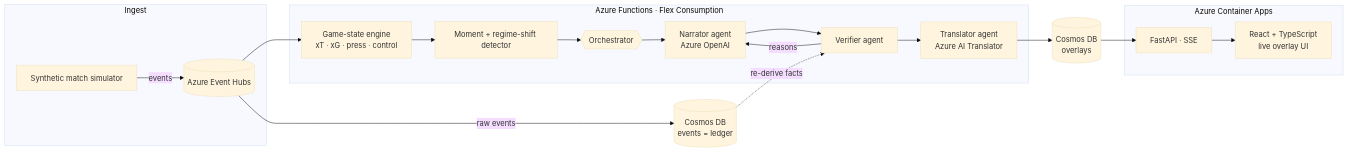
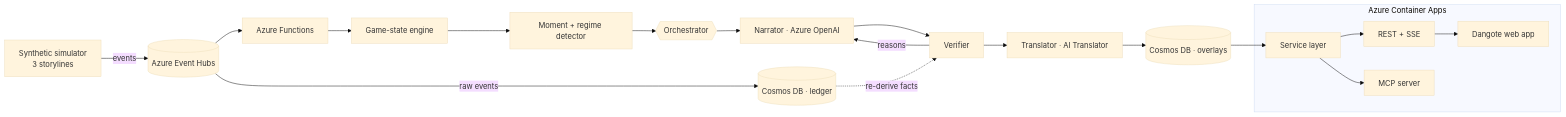
One commit to gregory-bot/momentum_ledger changed the diagram in README.md. Above: the diagram before and after it, drawn with Mermaid (base theme). The commit also changed other lines of this file and 76 other files, not shown here.

First line of the commit message:
Rebrand to Dangote: storylines, fact-check desk, MCP server, new studio UI

````diff
--- a/README.md
+++ b/README.md
@@ -100,22 +112,18 @@
 ```mermaid
 flowchart LR
-  subgraph Ingest
-    SIM[Synthetic match simulator] -->|events| EH[(Azure Event Hubs)]
+  SIM[Synthetic simulator<br/>3 storylines] -->|events| EH[(Azure Event Hubs)]
+  EH --> FN[Azure Functions]
+  FN --> ENG[Game-state engine] --> DET[Moment + regime detector] --> ORCH{{Orchestrator}}
+  ORCH --> NAR[Narrator · Azure OpenAI] --> VER[Verifier]
+  VER -- reasons --> NAR
+  VER --> TR[Translator · AI Translator]
+  EH -->|raw events| CL[(Cosmos DB · ledger)]
+  CL -. re-derive facts .-> VER
+  TR --> OV[(Cosmos DB · overlays)]
+  subgraph CA["Azure Container Apps"]
+    SVC[Service layer] --> API[REST + SSE]
+    SVC --> MCP[MCP server]
+    API --> WEB[Dangote web app]
   end
-  subgraph Process["Azure Functions · Flex Consumption"]
-    EH --> ENG[Game-state engine<br/>xT · xG · press · control]
-    ENG --> DET[Moment + regime-shift detector]
-    DET --> ORCH{{Orchestrator}}
-    ORCH --> NAR[Narrator agent<br/>Azure OpenAI]
-    NAR --> VER[Verifier agent]
-    VER -- reasons --> NAR
-    VER --> TR[Translator agent<br/>Azure AI Translator]
-  end
-  EH -->|raw events| CL[(Cosmos DB<br/>events = ledger)]
-  CL -. re-derive facts .-> VER
-  TR --> OV[(Cosmos DB<br/>overlays)]
-  subgraph Serve["Azure Container Apps"]
-    API[FastAPI · SSE] --> UI[React + TypeScript<br/>live overlay UI]
-  end
-  OV --> API
+  OV --> SVC
 ```
````
